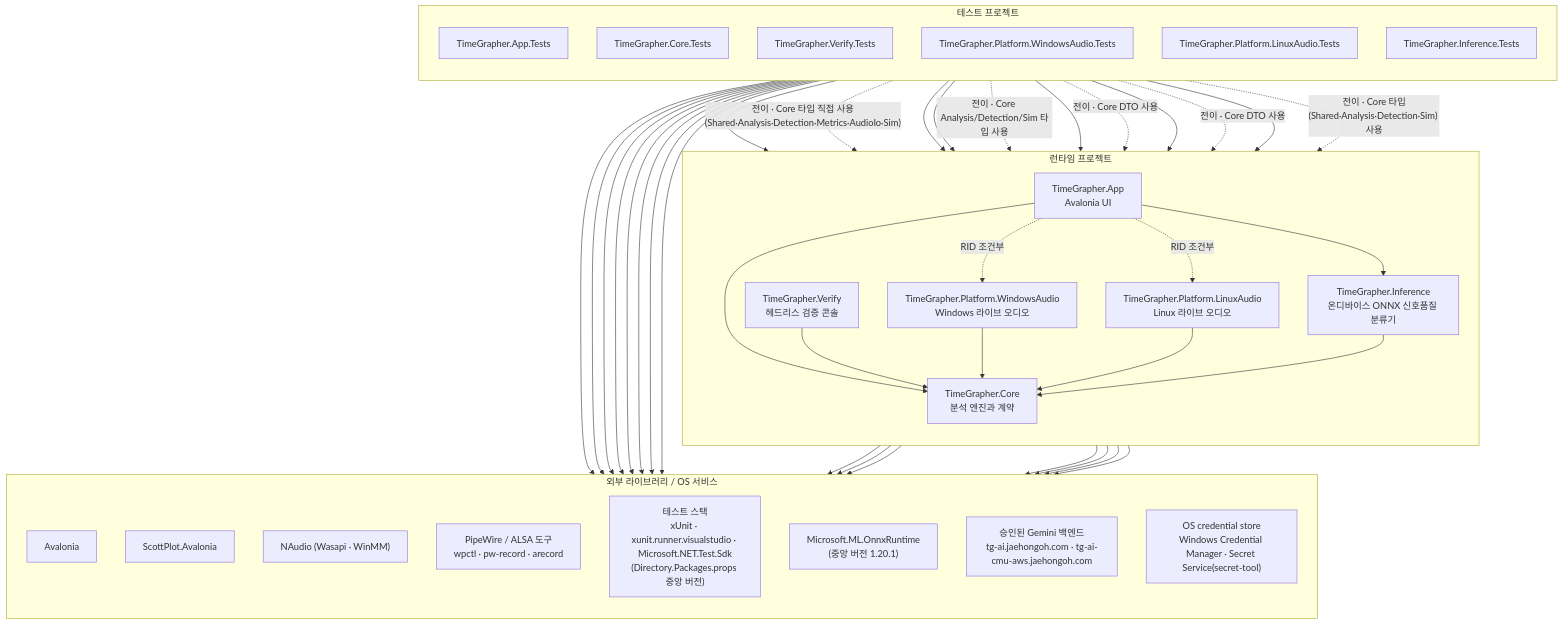
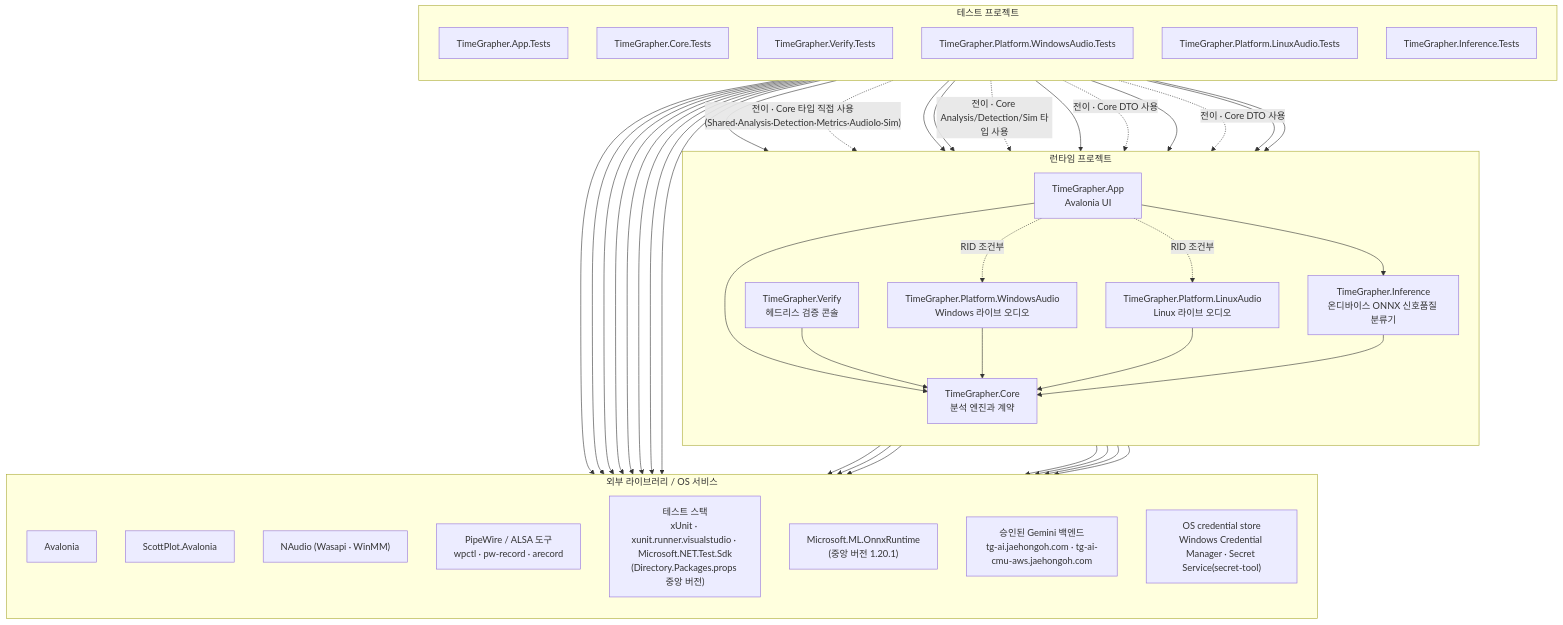
The first of 3 diagrams in docs/for-ai/MODULE_USES_VIEW.md (Jae-hong-5/TimeGrapher-Net), drawn with Mermaid before and after one commit. The commit also changed other lines of this file, not shown here.

````diff
--- a/docs/for-ai/MODULE_USES_VIEW.md
+++ b/docs/for-ai/MODULE_USES_VIEW.md
@@ -9,71 +9,71 @@
 ```mermaid
 flowchart TB
     subgraph Runtime["런타임 프로젝트"]
         direction TB
         App["TimeGrapher.App<br/>Avalonia UI"]
         Verify["TimeGrapher.Verify<br/>헤드리스 검증 콘솔"]
         WindowsAudio["TimeGrapher.Platform.WindowsAudio<br/>Windows 라이브 오디오"]
         LinuxAudio["TimeGrapher.Platform.LinuxAudio<br/>Linux 라이브 오디오"]
         Inference["TimeGrapher.Inference<br/>온디바이스 ONNX 신호품질 분류기"]
         Core["TimeGrapher.Core<br/>분석 엔진과 계약"]
     end
 
     subgraph Tests["테스트 프로젝트"]
         direction TB
         AppTests["TimeGrapher.App.Tests"]
         CoreTests["TimeGrapher.Core.Tests"]
         VerifyTests["TimeGrapher.Verify.Tests"]
         WindowsAudioTests["TimeGrapher.Platform.WindowsAudio.Tests"]
         LinuxAudioTests["TimeGrapher.Platform.LinuxAudio.Tests"]
         InferenceTests["TimeGrapher.Inference.Tests"]
     end
 
     subgraph External["외부 라이브러리 / OS 서비스"]
         direction TB
         Avalonia["Avalonia"]
         ScottPlot["ScottPlot.Avalonia"]
         NAudio["NAudio (Wasapi · WinMM)"]
         LinuxAudioStack["PipeWire / ALSA 도구<br/>wpctl · pw-record · arecord"]
         Xunit["테스트 스택<br/>xUnit · xunit.runner.visualstudio · Microsoft.NET.Test.Sdk<br/>(Directory.Packages.props 중앙 버전)"]
         OnnxRuntime["Microsoft.ML.OnnxRuntime<br/>(중앙 버전 1.20.1)"]
         AiBackends["승인된 Gemini 백엔드<br/>tg-ai.jaehongoh.com · tg-ai-cmu-aws.jaehongoh.com"]
         CredentialStores["OS credential store<br/>Windows Credential Manager · Secret Service(secret-tool)"]
     end
 
     App --> Core
     App --> Inference
     App -. "RID 조건부" .-> WindowsAudio
     App -. "RID 조건부" .-> LinuxAudio
     Verify --> Core
     WindowsAudio --> Core
     LinuxAudio --> Core
     Inference --> Core
 
     AppTests --> App
     AppTests -. "전이 · Core 타입 직접 사용(Shared·Analysis·Detection·Metrics·AudioIo·Sim)" .-> Core
     CoreTests --> Core
     VerifyTests --> Verify
     VerifyTests -. "전이 · Core Analysis/Detection/Sim 타입 사용" .-> Core
     WindowsAudioTests --> WindowsAudio
     WindowsAudioTests -. "전이 · Core DTO 사용" .-> Core
     LinuxAudioTests --> LinuxAudio
     LinuxAudioTests -. "전이 · Core DTO 사용" .-> Core
     InferenceTests --> Inference
-    InferenceTests -. "전이 · Core 타입(Shared·Analysis·Detection·Sim) 사용" .-> Core
+    InferenceTests --> Core
 
     App --> Avalonia
     App --> ScottPlot
     App --> AiBackends
     App --> CredentialStores
     WindowsAudio --> NAudio
     LinuxAudio --> LinuxAudioStack
     Inference --> OnnxRuntime
     AppTests --> Avalonia
     AppTests --> ScottPlot
     AppTests --> Xunit
     CoreTests --> Xunit
     VerifyTests --> Xunit
     WindowsAudioTests --> Xunit
     LinuxAudioTests --> Xunit
     InferenceTests --> Xunit
 ```
````
